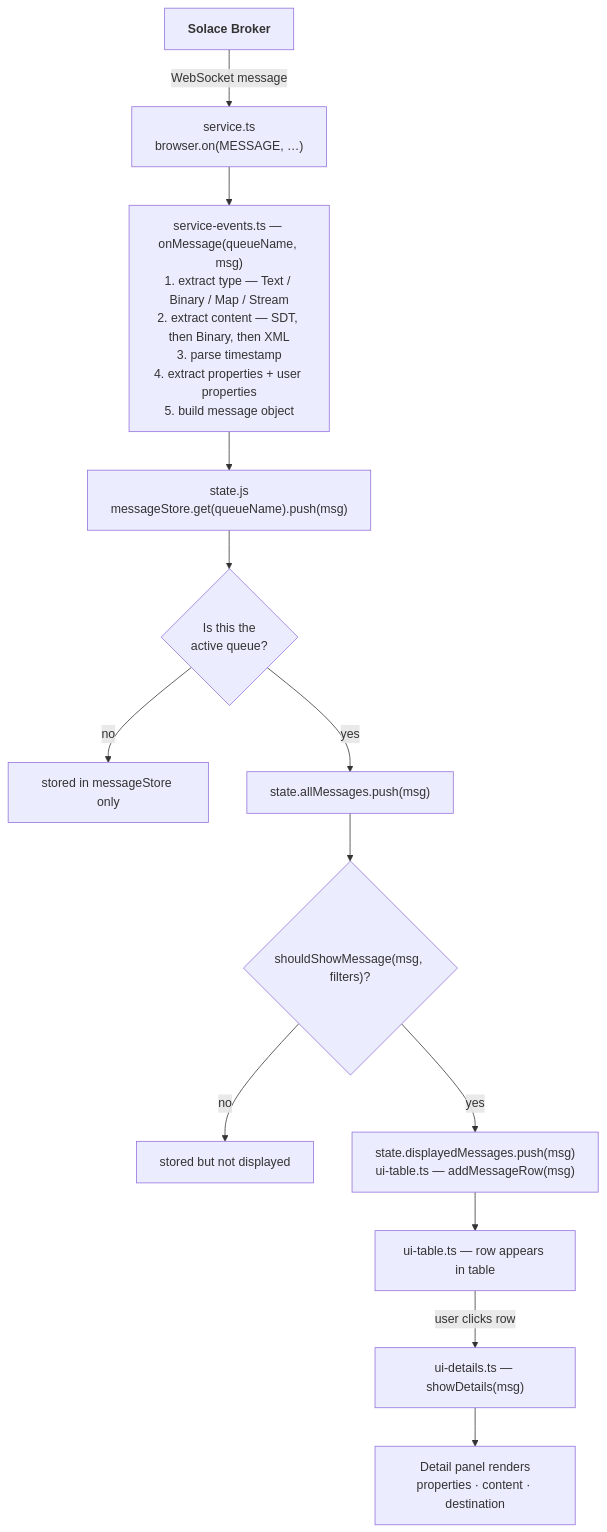
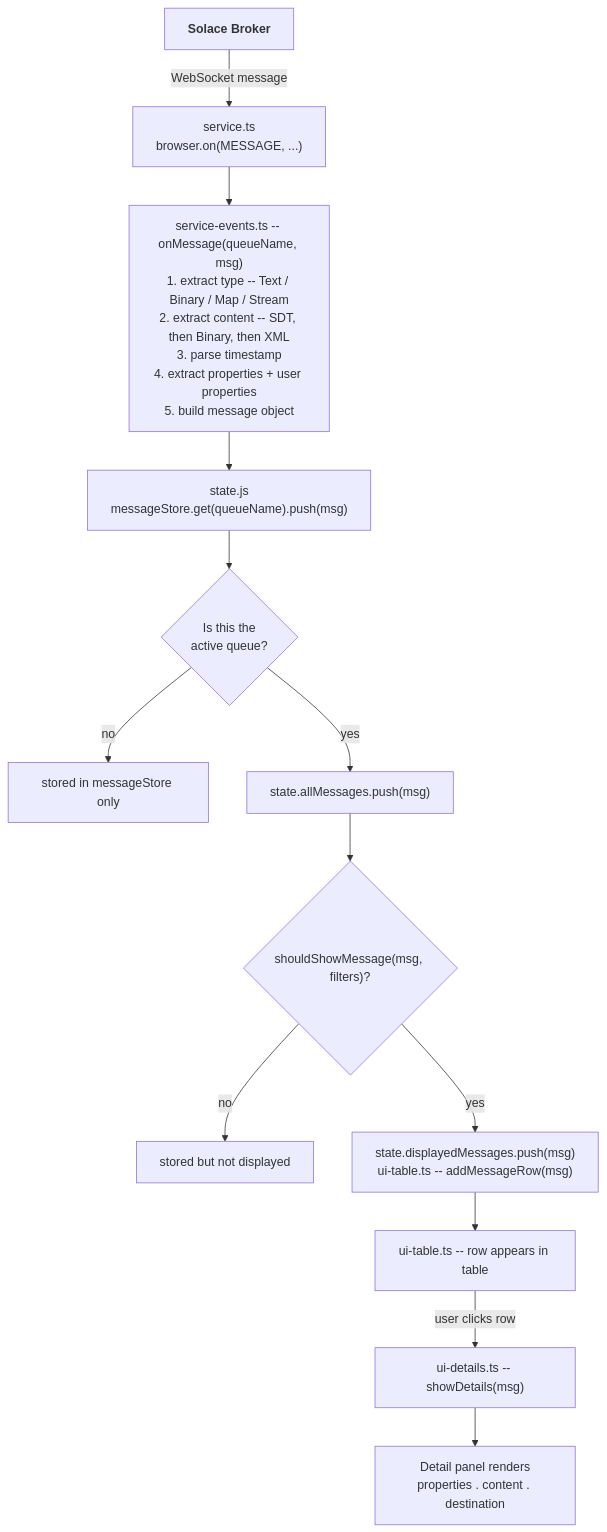
The fourth of 5 diagrams in docs/architecture.md (SolaceLabs/solace-msg-utility), drawn with Mermaid before and after one commit. The commit also changed other lines of this file and 77 other files, not shown here.

````diff
--- a/docs/architecture.md
+++ b/docs/architecture.md
@@ -376,15 +329,15 @@
 ```mermaid
 flowchart TD
-    broker["<b>Solace Broker</b>"] -->|WebSocket message| svc["service.ts<br/>browser.on(MESSAGE, …)"]
-    svc --> onmsg["service-events.ts — onMessage(queueName, msg)<br/>1. extract type — Text / Binary / Map / Stream<br/>2. extract content — SDT, then Binary, then XML<br/>3. parse timestamp<br/>4. extract properties + user properties<br/>5. build message object"]
+    broker["<b>Solace Broker</b>"] -->|WebSocket message| svc["service.ts<br/>browser.on(MESSAGE, ...)"]
+    svc --> onmsg["service-events.ts -- onMessage(queueName, msg)<br/>1. extract type -- Text / Binary / Map / Stream<br/>2. extract content -- SDT, then Binary, then XML<br/>3. parse timestamp<br/>4. extract properties + user properties<br/>5. build message object"]
     onmsg --> store["state.js<br/>messageStore.get(queueName).push(msg)"]
     store --> active{"Is this the<br/>active queue?"}
     active -->|no| storedOnly["stored in messageStore only"]
     active -->|yes| allMsgs["state.allMessages.push(msg)"]
     allMsgs --> filter{"shouldShowMessage(msg, filters)?"}
     filter -->|no| notShown["stored but not displayed"]
-    filter -->|yes| display["state.displayedMessages.push(msg)<br/>ui-table.ts — addMessageRow(msg)"]
-    display --> row["ui-table.ts — row appears in table"]
-    row -->|user clicks row| details["ui-details.ts — showDetails(msg)"]
-    details --> panel["Detail panel renders<br/>properties · content · destination"]
+    filter -->|yes| display["state.displayedMessages.push(msg)<br/>ui-table.ts -- addMessageRow(msg)"]
+    display --> row["ui-table.ts -- row appears in table"]
+    row -->|user clicks row| details["ui-details.ts -- showDetails(msg)"]
+    details --> panel["Detail panel renders<br/>properties . content . destination"]
 ```
````
